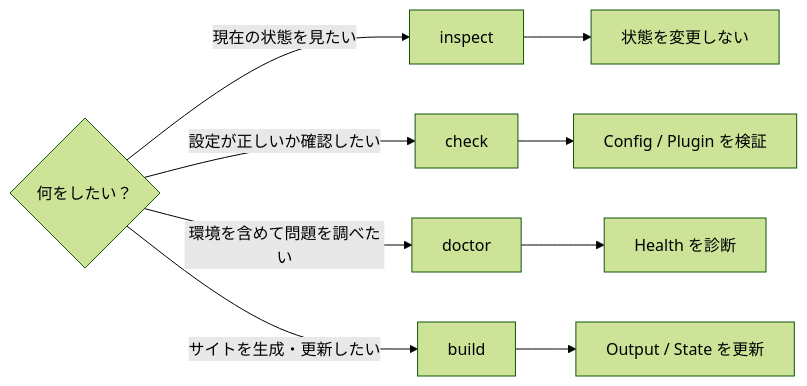
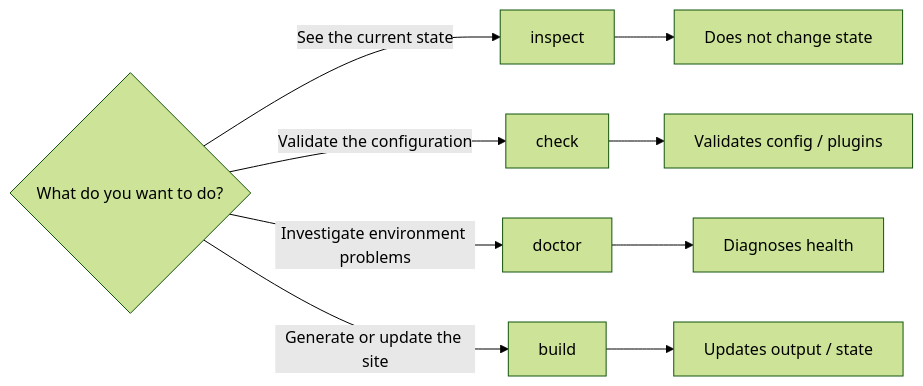
Before and after one commit to Rerurate514/riebeckite: the fourth of 4 diagrams in docs/docs/framework/inspector.md, drawn with Mermaid (forest theme). The commit also changed other lines of this file and 604 other files, not shown here.

````diff
--- a/docs/docs/framework/inspector.md
+++ b/docs/docs/framework/inspector.md
@@ -195,14 +182,14 @@
-```mermaid id="mx8l24"
+```mermaid
 flowchart LR
-    Q{"何をしたい？"}
+    Q{"What do you want to do?"}
 
-    Q -->|"現在の状態を見たい"| I["inspect"]
-    Q -->|"設定が正しいか確認したい"| C["check"]
-    Q -->|"環境を含めて問題を調べたい"| D["doctor"]
-    Q -->|"サイトを生成・更新したい"| B["build"]
+    Q -->|"See the current state"| I["inspect"]
+    Q -->|"Validate the configuration"| C["check"]
+    Q -->|"Investigate environment problems"| D["doctor"]
+    Q -->|"Generate or update the site"| B["build"]
 
-    I --> IR["状態を変更しない"]
-    C --> CR["Config / Plugin を検証"]
-    D --> DR["Health を診断"]
-    B --> BR["Output / State を更新"]
+    I --> IR["Does not change state"]
+    C --> CR["Validates config / plugins"]
+    D --> DR["Diagnoses health"]
+    B --> BR["Updates output / state"]
 ```
````
